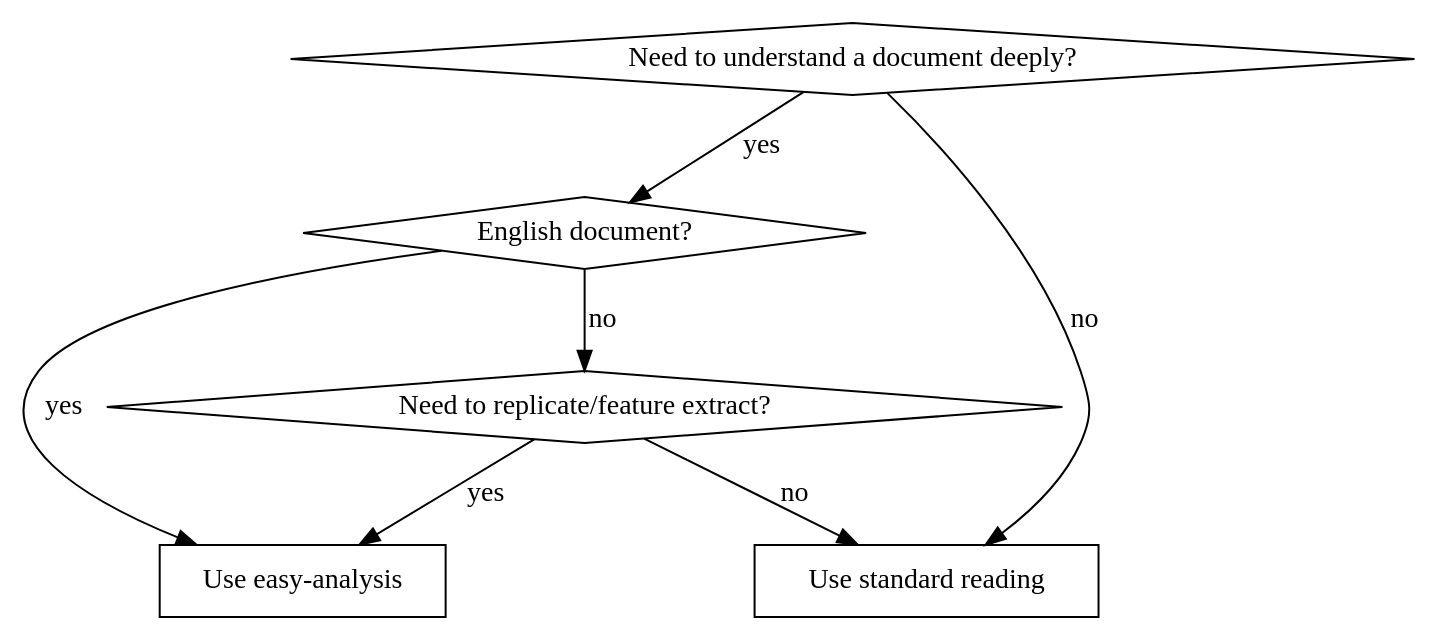
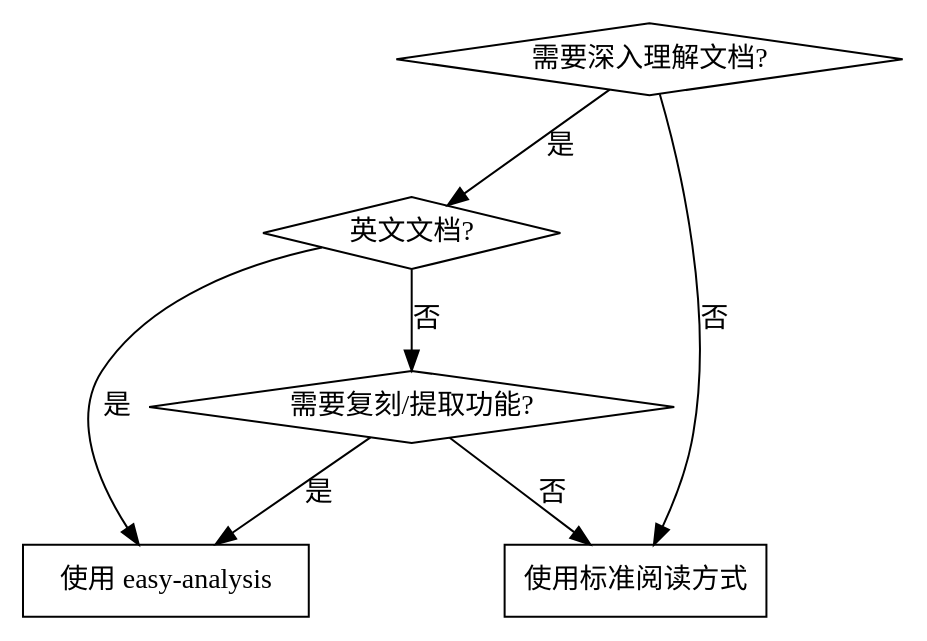
The first of 2 diagrams in .claude/skills/easy_analysis/SKILL.md (carl10086/ys-powers), drawn with Graphviz before and after one commit. The commit also changed other lines of this file, not shown here.

First line of the commit message:
feat(easy-analysis): translate SKILL.md to Chinese

````diff
--- a/.claude/skills/easy_analysis/SKILL.md
+++ b/.claude/skills/easy_analysis/SKILL.md
@@ -14,16 +14,16 @@
 ```dot
 digraph when_to_use {
-    "Need to understand a document deeply?" [shape=diamond];
-    "English document?" [shape=diamond];
-    "Need to replicate/feature extract?" [shape=diamond];
-    "Use easy-analysis" [shape=box];
-    "Use standard reading" [shape=box];
+    "需要深入理解文档?" [shape=diamond];
+    "英文文档?" [shape=diamond];
+    "需要复刻/提取功能?" [shape=diamond];
+    "使用 easy-analysis" [shape=box];
+    "使用标准阅读方式" [shape=box];
 
-    "Need to understand a document deeply?" -> "English document?" [label="yes"];
-    "Need to understand a document deeply?" -> "Use standard reading" [label="no"];
-    "English document?" -> "Use easy-analysis" [label="yes"];
-    "English document?" -> "Need to replicate/feature extract?" [label="no"];
-    "Need to replicate/feature extract?" -> "Use easy-analysis" [label="yes"];
-    "Need to replicate/feature extract?" -> "Use standard reading" [label="no"];
+    "需要深入理解文档?" -> "英文文档?" [label="是"];
+    "需要深入理解文档?" -> "使用标准阅读方式" [label="否"];
+    "英文文档?" -> "使用 easy-analysis" [label="是"];
+    "英文文档?" -> "需要复刻/提取功能?" [label="否"];
+    "需要复刻/提取功能?" -> "使用 easy-analysis" [label="是"];
+    "需要复刻/提取功能?" -> "使用标准阅读方式" [label="否"];
 }
 ```
````
